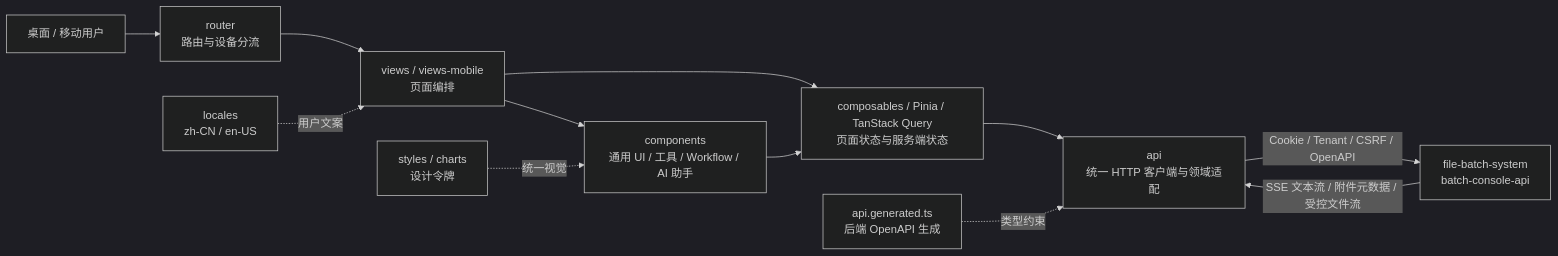
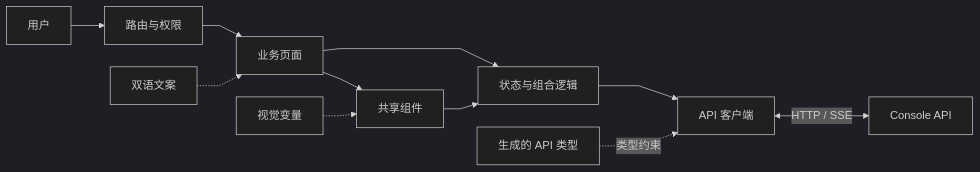
One commit to pinpols/batch-console changed the diagram in docs/architecture/project-structure.md. Above: the diagram before and after it, drawn with Mermaid (dark theme). The commit also changed other lines of this file and 1021 other files, not shown here.

Commit message:
feat: integrate workflow daily console and governance (#345)

````diff
--- a/docs/architecture/project-structure.md
+++ b/docs/architecture/project-structure.md
@@ -93,14 +93,13 @@
 ```mermaid
+%%{init: {"flowchart":{"curve":"linear","nodeSpacing":32,"rankSpacing":48},"sequence":{"mirrorActors":false}}}%%
 flowchart LR
-  USER["桌面 / 移动用户"] --> ROUTER["router\n路由与设备分流"]
-  ROUTER --> VIEWS["views / views-mobile\n页面编排"]
-  VIEWS --> COMPONENTS["components\n通用 UI / 工具 / Workflow / AI 助手"]
-  VIEWS --> STATE["composables / Pinia / TanStack Query\n页面状态与服务端状态"]
-  COMPONENTS --> STATE
-  STATE --> API["api\n统一 HTTP 客户端与领域适配"]
-  API -->|"Cookie / Tenant / CSRF / OpenAPI"| BACKEND["file-batch-system\nbatch-console-api"]
-  BACKEND -->|"SSE 文本流 / 附件元数据 / 受控文件流"| API
-  TYPES["api.generated.ts\n后端 OpenAPI 生成"] -. "类型约束" .-> API
-  I18N["locales\nzh-CN / en-US"] -. "用户文案" .-> VIEWS
-  TOKENS["styles / charts\n设计令牌"] -. "统一视觉" .-> COMPONENTS
+  USER["用户"] --> ROUTER["路由与权限"] --> VIEWS["业务页面"]
+  VIEWS --> UI["共享组件"]
+  VIEWS --> STATE["状态与组合逻辑"]
+  UI --> STATE
+  STATE --> API["API 客户端"]
+  API <-->|"HTTP / SSE"| BACKEND["Console API"]
+  TYPES["生成的 API 类型"] -. "类型约束" .-> API
+  I18N["双语文案"] -.-> VIEWS
+  TOKENS["视觉变量"] -.-> UI
 ```
````
